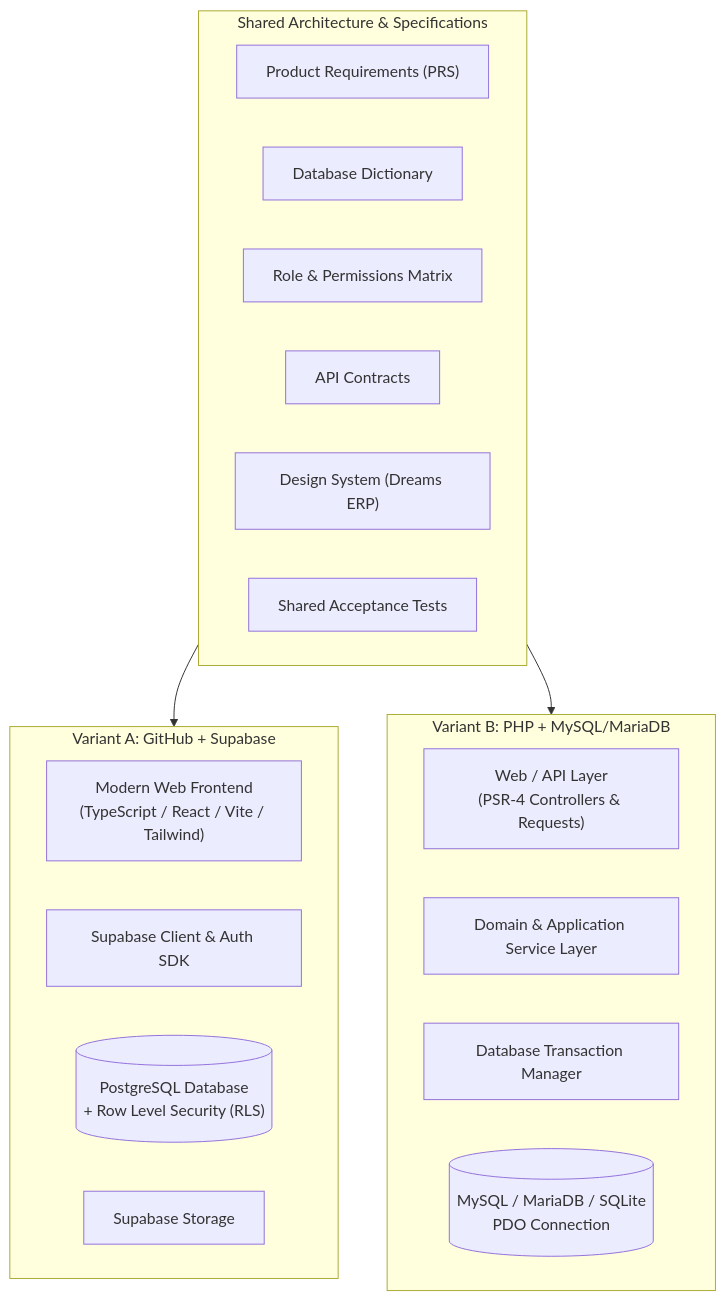
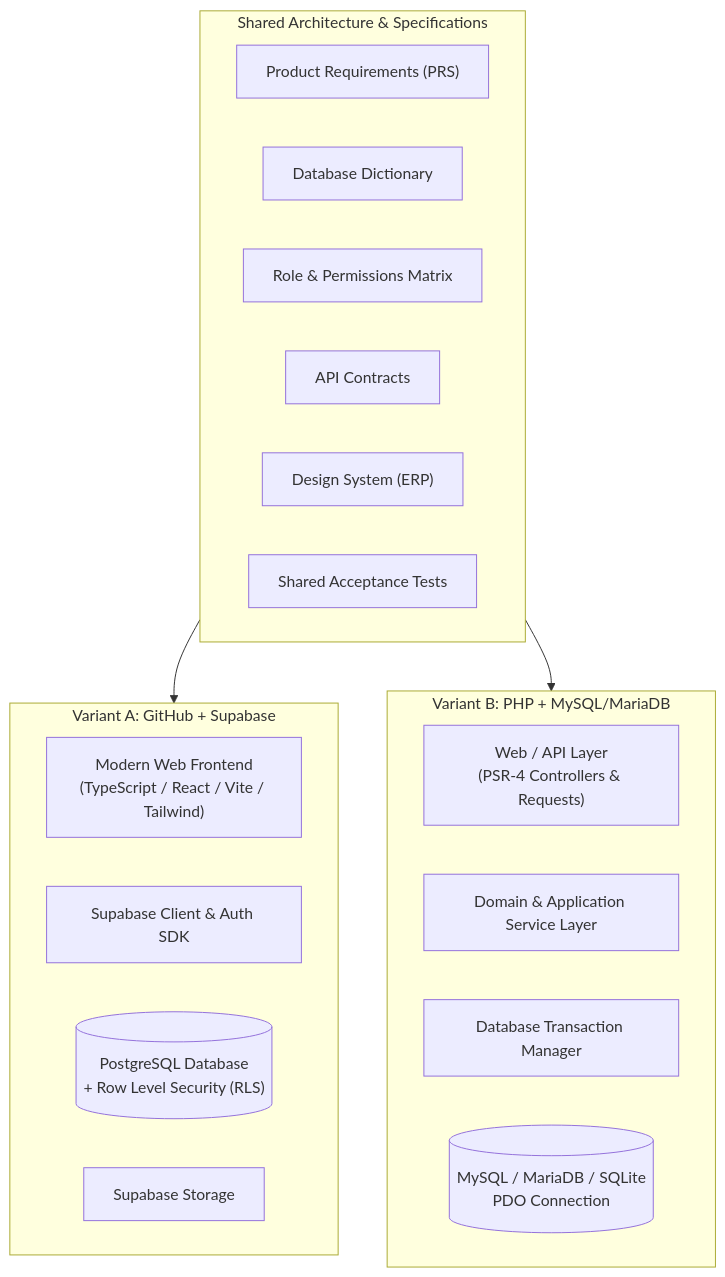
The diagram in shared-specifications/ARCHITECTURE.md (sv007git/ERP), drawn with Mermaid before and after one commit. The commit also changed other lines of this file and 52 other files, not shown here.

````diff
--- a/shared-specifications/ARCHITECTURE.md
+++ b/shared-specifications/ARCHITECTURE.md
@@ -13,28 +13,28 @@
 ```mermaid
 flowchart TD
     subgraph Specifications ["Shared Architecture & Specifications"]
         SPEC_REQ["Product Requirements (PRS)"]
         SPEC_DICT["Database Dictionary"]
         SPEC_RBAC["Role & Permissions Matrix"]
         SPEC_API["API Contracts"]
-        SPEC_DS["Design System (Dreams ERP)"]
+        SPEC_DS["Design System (ERP)"]
         SPEC_TESTS["Shared Acceptance Tests"]
     end
 
     subgraph VariantA ["Variant A: GitHub + Supabase"]
         V_A_UI["Modern Web Frontend\n(TypeScript / React / Vite / Tailwind)"]
         V_A_CLIENT["Supabase Client & Auth SDK"]
         V_A_DB[("PostgreSQL Database\n+ Row Level Security (RLS)")]
         V_A_STORAGE["Supabase Storage"]
     end
 
     subgraph VariantB ["Variant B: PHP + MySQL/MariaDB"]
         V_B_WEB["Web / API Layer\n(PSR-4 Controllers & Requests)"]
         V_B_SVC["Domain & Application Service Layer"]
         V_B_TX["Database Transaction Manager"]
         V_B_DB[("MySQL / MariaDB / SQLite\nPDO Connection")]
     end
 
     Specifications --> VariantA
     Specifications --> VariantB
 ```
````
